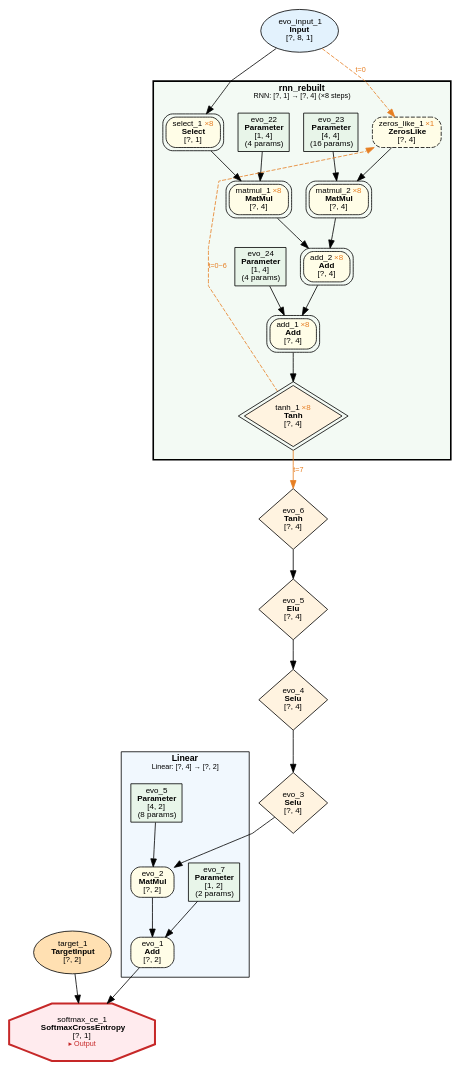
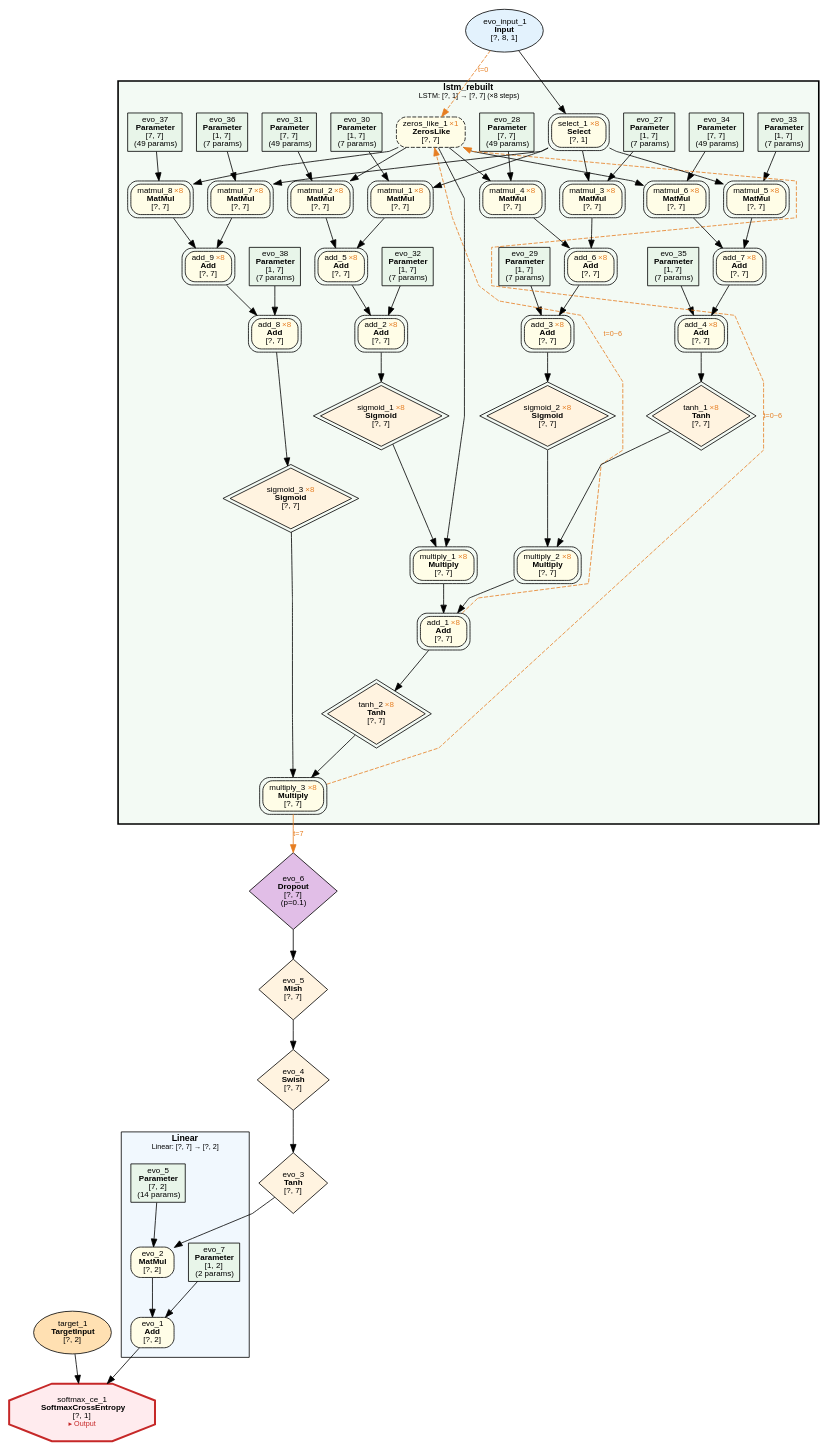
One commit to dbsxdbsx/only_torch changed the diagram in examples/evolution/parity_seq/evolution_parity_seq.dot. Above: the diagram before and after it, drawn with Graphviz. The commit also changed 12 other files, not shown here.

```diff
--- a/examples/evolution/parity_seq/evolution_parity_seq.dot
+++ b/examples/evolution/parity_seq/evolution_parity_seq.dot
@@ -1,72 +1,138 @@
 digraph ComputeGraph {
     rankdir=TB;
     newrank=true;
     splines=polyline;
     node [fontname="Microsoft YaHei,SimHei,Arial"];
     edge [fontname="Microsoft YaHei,SimHei,Arial"];
 
     subgraph cluster_group_linear_1 {
-        label=<<B>Linear</B><BR/><FONT POINT-SIZE="9">Linear: [?, 4] → [?, 2]</FONT>>;
+        label=<<B>Linear</B><BR/><FONT POINT-SIZE="9">Linear: [?, 7] → [?, 2]</FONT>>;
         style=filled;
         fillcolor="#E3F2FD80";
         fontname="Microsoft YaHei,SimHei,Arial";
         fontsize=11;
         margin=12;
             "2" [label=<evo_1<BR/><B>Add</B><BR/>[?, 2]> shape=box style="filled,rounded" fillcolor="#FFFDE7" fontsize=10];
             "4" [label=<evo_2<BR/><B>MatMul</B><BR/>[?, 2]> shape=box style="filled,rounded" fillcolor="#FFFDE7" fontsize=10];
             "5" [label=<evo_7<BR/><B>Parameter</B><BR/>[1, 2]<BR/>(2 params)> shape=box style=filled fillcolor="#E8F5E9" fontsize=10];
-            "7" [label=<evo_5<BR/><B>Parameter</B><BR/>[4, 2]<BR/>(8 params)> shape=box style=filled fillcolor="#E8F5E9" fontsize=10];
+            "7" [label=<evo_5<BR/><B>Parameter</B><BR/>[7, 2]<BR/>(14 params)> shape=box style=filled fillcolor="#E8F5E9" fontsize=10];
     }
 
-    subgraph cluster_group_rnn_0 {
-        label=<<B>rnn_rebuilt</B><BR/><FONT POINT-SIZE="9">RNN: [?, 1] → [?, 4] (×8 steps)</FONT>>;
+    subgraph cluster_group_lstm_0 {
+        label=<<B>lstm_rebuilt</B><BR/><FONT POINT-SIZE="9">LSTM: [?, 1] → [?, 7] (×8 steps)</FONT>>;
         style="filled,bold";
         peripheries=3;
         penwidth=2;
         fillcolor="#E8F5E980";
         fontname="Microsoft YaHei,SimHei,Arial";
         fontsize=11;
         margin=12;
-            "11" [label=<evo_24<BR/><B>Parameter</B><BR/>[1, 4]<BR/>(4 params)> shape=box style=filled fillcolor="#E8F5E9" fontsize=10];
-            "12" [label=<evo_22<BR/><B>Parameter</B><BR/>[1, 4]<BR/>(4 params)> shape=box style=filled fillcolor="#E8F5E9" fontsize=10];
-            "13" [label=<evo_23<BR/><B>Parameter</B><BR/>[4, 4]<BR/>(16 params)> shape=box style=filled fillcolor="#E8F5E9" fontsize=10];
-            "15" [label=<tanh_1 <FONT COLOR="#E67E22">×8</FONT><BR/><B>Tanh</B><BR/>[?, 4]> shape=diamond style=filled fillcolor="#FFF3E0" fontsize=10 peripheries=2];
-            "16" [label=<add_1 <FONT COLOR="#E67E22">×8</FONT><BR/><B>Add</B><BR/>[?, 4]> shape=box style="filled,rounded" fillcolor="#FFFDE7" fontsize=10 peripheries=2];
-            "17" [label=<add_2 <FONT COLOR="#E67E22">×8</FONT><BR/><B>Add</B><BR/>[?, 4]> shape=box style="filled,rounded" fillcolor="#FFFDE7" fontsize=10 peripheries=2];
-            "18" [label=<matmul_1 <FONT COLOR="#E67E22">×8</FONT><BR/><B>MatMul</B><BR/>[?, 4]> shape=box style="filled,rounded" fillcolor="#FFFDE7" fontsize=10 peripheries=2];
-            "19" [label=<matmul_2 <FONT COLOR="#E67E22">×8</FONT><BR/><B>MatMul</B><BR/>[?, 4]> shape=box style="filled,rounded" fillcolor="#FFFDE7" fontsize=10 peripheries=2];
-            "20" [label=<select_1 <FONT COLOR="#E67E22">×8</FONT><BR/><B>Select</B><BR/>[?, 1]> shape=box style="filled,rounded" fillcolor="#FFFDE7" fontsize=10 peripheries=2];
-            "21" [label=<zeros_like_1 <FONT COLOR="#E67E22">×1</FONT><BR/><B>ZerosLike</B><BR/>[?, 4]> shape=box style="filled,rounded,dashed" fillcolor="#FFFDE7" fontsize=10];
+            "11" [label=<evo_38<BR/><B>Parameter</B><BR/>[1, 7]<BR/>(7 params)> shape=box style=filled fillcolor="#E8F5E9" fontsize=10];
+            "12" [label=<evo_36<BR/><B>Parameter</B><BR/>[1, 7]<BR/>(7 params)> shape=box style=filled fillcolor="#E8F5E9" fontsize=10];
+            "13" [label=<evo_37<BR/><B>Parameter</B><BR/>[7, 7]<BR/>(49 params)> shape=box style=filled fillcolor="#E8F5E9" fontsize=10];
+            "15" [label=<evo_32<BR/><B>Parameter</B><BR/>[1, 7]<BR/>(7 params)> shape=box style=filled fillcolor="#E8F5E9" fontsize=10];
+            "16" [label=<evo_29<BR/><B>Parameter</B><BR/>[1, 7]<BR/>(7 params)> shape=box style=filled fillcolor="#E8F5E9" fontsize=10];
+            "17" [label=<evo_35<BR/><B>Parameter</B><BR/>[1, 7]<BR/>(7 params)> shape=box style=filled fillcolor="#E8F5E9" fontsize=10];
+            "18" [label=<evo_30<BR/><B>Parameter</B><BR/>[1, 7]<BR/>(7 params)> shape=box style=filled fillcolor="#E8F5E9" fontsize=10];
+            "19" [label=<evo_31<BR/><B>Parameter</B><BR/>[7, 7]<BR/>(49 params)> shape=box style=filled fillcolor="#E8F5E9" fontsize=10];
+            "20" [label=<evo_27<BR/><B>Parameter</B><BR/>[1, 7]<BR/>(7 params)> shape=box style=filled fillcolor="#E8F5E9" fontsize=10];
+            "21" [label=<evo_28<BR/><B>Parameter</B><BR/>[7, 7]<BR/>(49 params)> shape=box style=filled fillcolor="#E8F5E9" fontsize=10];
+            "22" [label=<evo_33<BR/><B>Parameter</B><BR/>[1, 7]<BR/>(7 params)> shape=box style=filled fillcolor="#E8F5E9" fontsize=10];
+            "23" [label=<evo_34<BR/><B>Parameter</B><BR/>[7, 7]<BR/>(49 params)> shape=box style=filled fillcolor="#E8F5E9" fontsize=10];
+            "24" [label=<add_1 <FONT COLOR="#E67E22">×8</FONT><BR/><B>Add</B><BR/>[?, 7]> shape=box style="filled,rounded" fillcolor="#FFFDE7" fontsize=10 peripheries=2];
+            "25" [label=<multiply_1 <FONT COLOR="#E67E22">×8</FONT><BR/><B>Multiply</B><BR/>[?, 7]> shape=box style="filled,rounded" fillcolor="#FFFDE7" fontsize=10 peripheries=2];
+            "26" [label=<multiply_2 <FONT COLOR="#E67E22">×8</FONT><BR/><B>Multiply</B><BR/>[?, 7]> shape=box style="filled,rounded" fillcolor="#FFFDE7" fontsize=10 peripheries=2];
+            "27" [label=<sigmoid_1 <FONT COLOR="#E67E22">×8</FONT><BR/><B>Sigmoid</B><BR/>[?, 7]> shape=diamond style=filled fillcolor="#FFF3E0" fontsize=10 peripheries=2];
+            "28" [label=<zeros_like_1 <FONT COLOR="#E67E22">×1</FONT><BR/><B>ZerosLike</B><BR/>[?, 7]> shape=box style="filled,rounded,dashed" fillcolor="#FFFDE7" fontsize=10];
+            "29" [label=<sigmoid_2 <FONT COLOR="#E67E22">×8</FONT><BR/><B>Sigmoid</B><BR/>[?, 7]> shape=diamond style=filled fillcolor="#FFF3E0" fontsize=10 peripheries=2];
+            "30" [label=<tanh_1 <FONT COLOR="#E67E22">×8</FONT><BR/><B>Tanh</B><BR/>[?, 7]> shape=diamond style=filled fillcolor="#FFF3E0" fontsize=10 peripheries=2];
+            "31" [label=<add_2 <FONT COLOR="#E67E22">×8</FONT><BR/><B>Add</B><BR/>[?, 7]> shape=box style="filled,rounded" fillcolor="#FFFDE7" fontsize=10 peripheries=2];
+            "32" [label=<add_3 <FONT COLOR="#E67E22">×8</FONT><BR/><B>Add</B><BR/>[?, 7]> shape=box style="filled,rounded" fillcolor="#FFFDE7" fontsize=10 peripheries=2];
+            "33" [label=<add_4 <FONT COLOR="#E67E22">×8</FONT><BR/><B>Add</B><BR/>[?, 7]> shape=box style="filled,rounded" fillcolor="#FFFDE7" fontsize=10 peripheries=2];
+            "34" [label=<multiply_3 <FONT COLOR="#E67E22">×8</FONT><BR/><B>Multiply</B><BR/>[?, 7]> shape=box style="filled,rounded" fillcolor="#FFFDE7" fontsize=10 peripheries=2];
+            "35" [label=<add_5 <FONT COLOR="#E67E22">×8</FONT><BR/><B>Add</B><BR/>[?, 7]> shape=box style="filled,rounded" fillcolor="#FFFDE7" fontsize=10 peripheries=2];
+            "36" [label=<add_6 <FONT COLOR="#E67E22">×8</FONT><BR/><B>Add</B><BR/>[?, 7]> shape=box style="filled,rounded" fillcolor="#FFFDE7" fontsize=10 peripheries=2];
+            "37" [label=<add_7 <FONT COLOR="#E67E22">×8</FONT><BR/><B>Add</B><BR/>[?, 7]> shape=box style="filled,rounded" fillcolor="#FFFDE7" fontsize=10 peripheries=2];
+            "38" [label=<sigmoid_3 <FONT COLOR="#E67E22">×8</FONT><BR/><B>Sigmoid</B><BR/>[?, 7]> shape=diamond style=filled fillcolor="#FFF3E0" fontsize=10 peripheries=2];
+            "39" [label=<tanh_2 <FONT COLOR="#E67E22">×8</FONT><BR/><B>Tanh</B><BR/>[?, 7]> shape=diamond style=filled fillcolor="#FFF3E0" fontsize=10 peripheries=2];
+            "40" [label=<matmul_1 <FONT COLOR="#E67E22">×8</FONT><BR/><B>MatMul</B><BR/>[?, 7]> shape=box style="filled,rounded" fillcolor="#FFFDE7" fontsize=10 peripheries=2];
+            "41" [label=<matmul_2 <FONT COLOR="#E67E22">×8</FONT><BR/><B>MatMul</B><BR/>[?, 7]> shape=box style="filled,rounded" fillcolor="#FFFDE7" fontsize=10 peripheries=2];
+            "42" [label=<matmul_3 <FONT COLOR="#E67E22">×8</FONT><BR/><B>MatMul</B><BR/>[?, 7]> shape=box style="filled,rounded" fillcolor="#FFFDE7" fontsize=10 peripheries=2];
+            "43" [label=<matmul_4 <FONT COLOR="#E67E22">×8</FONT><BR/><B>MatMul</B><BR/>[?, 7]> shape=box style="filled,rounded" fillcolor="#FFFDE7" fontsize=10 peripheries=2];
+            "44" [label=<matmul_5 <FONT COLOR="#E67E22">×8</FONT><BR/><B>MatMul</B><BR/>[?, 7]> shape=box style="filled,rounded" fillcolor="#FFFDE7" fontsize=10 peripheries=2];
+            "45" [label=<matmul_6 <FONT COLOR="#E67E22">×8</FONT><BR/><B>MatMul</B><BR/>[?, 7]> shape=box style="filled,rounded" fillcolor="#FFFDE7" fontsize=10 peripheries=2];
+            "46" [label=<add_8 <FONT COLOR="#E67E22">×8</FONT><BR/><B>Add</B><BR/>[?, 7]> shape=box style="filled,rounded" fillcolor="#FFFDE7" fontsize=10 peripheries=2];
+            "47" [label=<select_1 <FONT COLOR="#E67E22">×8</FONT><BR/><B>Select</B><BR/>[?, 1]> shape=box style="filled,rounded" fillcolor="#FFFDE7" fontsize=10 peripheries=2];
+            "48" [label=<add_9 <FONT COLOR="#E67E22">×8</FONT><BR/><B>Add</B><BR/>[?, 7]> shape=box style="filled,rounded" fillcolor="#FFFDE7" fontsize=10 peripheries=2];
+            "49" [label=<matmul_7 <FONT COLOR="#E67E22">×8</FONT><BR/><B>MatMul</B><BR/>[?, 7]> shape=box style="filled,rounded" fillcolor="#FFFDE7" fontsize=10 peripheries=2];
+            "50" [label=<matmul_8 <FONT COLOR="#E67E22">×8</FONT><BR/><B>MatMul</B><BR/>[?, 7]> shape=box style="filled,rounded" fillcolor="#FFFDE7" fontsize=10 peripheries=2];
     }
 
     "1" [label=<softmax_ce_1<BR/><B>SoftmaxCrossEntropy</B><BR/>[?, 1]<BR/><FONT COLOR="#C62828" POINT-SIZE="9">▸ Output</FONT>> shape=octagon style=filled fillcolor="#FFEBEE" fontsize=10 penwidth=2.5 color="#C62828"];
     "3" [label=<target_1<BR/><B>TargetInput</B><BR/>[?, 2]> shape=ellipse style=filled fillcolor="#FFE0B2" fontsize=10];
-    "6" [label=<evo_3<BR/><B>Selu</B><BR/>[?, 4]> shape=diamond style=filled fillcolor="#FFF3E0" fontsize=10];
-    "8" [label=<evo_4<BR/><B>Selu</B><BR/>[?, 4]> shape=diamond style=filled fillcolor="#FFF3E0" fontsize=10];
-    "9" [label=<evo_5<BR/><B>Elu</B><BR/>[?, 4]> shape=diamond style=filled fillcolor="#FFF3E0" fontsize=10];
-    "10" [label=<evo_6<BR/><B>Tanh</B><BR/>[?, 4]> shape=diamond style=filled fillcolor="#FFF3E0" fontsize=10];
+    "6" [label=<evo_3<BR/><B>Tanh</B><BR/>[?, 7]> shape=diamond style=filled fillcolor="#FFF3E0" fontsize=10];
+    "8" [label=<evo_4<BR/><B>Swish</B><BR/>[?, 7]> shape=diamond style=filled fillcolor="#FFF3E0" fontsize=10];
+    "9" [label=<evo_5<BR/><B>Mish</B><BR/>[?, 7]> shape=diamond style=filled fillcolor="#FFF3E0" fontsize=10];
+    "10" [label=<evo_6<BR/><B>Dropout</B><BR/>[?, 7]<BR/>(p=0.1)> shape=diamond style=filled fillcolor="#E1BEE7" fontsize=10];
     "14" [label=<evo_input_1<BR/><B>Input</B><BR/>[?, 8, 1]> shape=ellipse style=filled fillcolor="#E3F2FD" fontsize=10];
 
     "2" -> "1";
     "3" -> "1";
     "4" -> "2";
     "5" -> "2";
     "6" -> "4";
     "7" -> "4";
     "8" -> "6";
     "9" -> "8";
     "10" -> "9";
-    "15" -> "10" [ color="#E67E22" label=<t=7> fontcolor="#E67E22" fontsize=9];
-    "16" -> "15";
-    "17" -> "16";
-    "11" -> "16";
-    "18" -> "17";
-    "19" -> "17";
-    "20" -> "18";
-    "12" -> "18";
-    "21" -> "19";
-    "13" -> "19";
-    "14" -> "20";
-    "14" -> "21" [ style=dashed color="#E67E22" label=<t=0> fontcolor="#E67E22" fontsize=9];
-    "15" -> "21" [style=dashed color="#E67E22" label=<t=0~6> fontcolor="#E67E22" fontsize=9 constraint=false];
+    "34" -> "10" [ color="#E67E22" label=<t=7> fontcolor="#E67E22" fontsize=9];
+    "25" -> "24";
+    "26" -> "24";
+    "27" -> "25";
+    "28" -> "25";
+    "29" -> "26";
+    "30" -> "26";
+    "31" -> "27";
+    "14" -> "28" [ style=dashed color="#E67E22" label=<t=0> fontcolor="#E67E22" fontsize=9];
+    "32" -> "29";
+    "33" -> "30";
+    "35" -> "31";
+    "15" -> "31";
+    "36" -> "32";
+    "16" -> "32";
+    "37" -> "33";
+    "17" -> "33";
+    "38" -> "34";
+    "39" -> "34";
+    "40" -> "35";
+    "41" -> "35";
+    "42" -> "36";
+    "43" -> "36";
+    "44" -> "37";
+    "45" -> "37";
+    "46" -> "38";
+    "24" -> "39";
+    "47" -> "40";
+    "18" -> "40";
+    "28" -> "41";
+    "19" -> "41";
+    "47" -> "42";
+    "20" -> "42";
+    "28" -> "43";
+    "21" -> "43";
+    "47" -> "44";
+    "22" -> "44";
+    "28" -> "45";
+    "23" -> "45";
+    "48" -> "46";
+    "11" -> "46";
+    "14" -> "47";
+    "49" -> "48";
+    "50" -> "48";
+    "47" -> "49";
+    "12" -> "49";
+    "28" -> "50";
+    "13" -> "50";
+    "34" -> "28" [style=dashed color="#E67E22" label=<t=0~6> fontcolor="#E67E22" fontsize=9 constraint=false];
+    "24" -> "28" [style=dashed color="#E67E22" label=<t=0~6> fontcolor="#E67E22" fontsize=9 constraint=false];
 }
```
